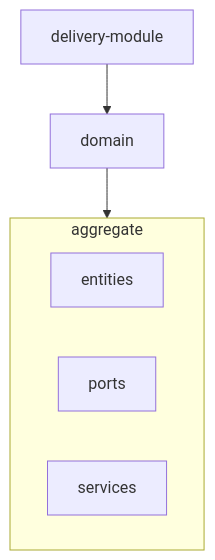
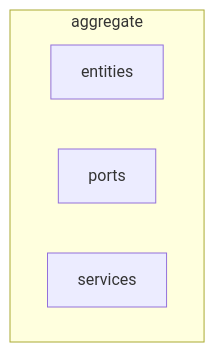
Before and after one commit to zhuravlevma/typescript-ddd-architecture: the second of 4 diagrams in README.md, drawn with Mermaid. The commit also changed other lines of this file and 79 other files, not shown here.

````diff
--- a/README.md
+++ b/README.md
@@ -28,10 +20,8 @@
 ```mermaid
   flowchart TD
-	delivery-module --> domain
-	domain --> aggregate
     subgraph aggregate
 	entities
 	ports
 	services
 	end
 ```
````
